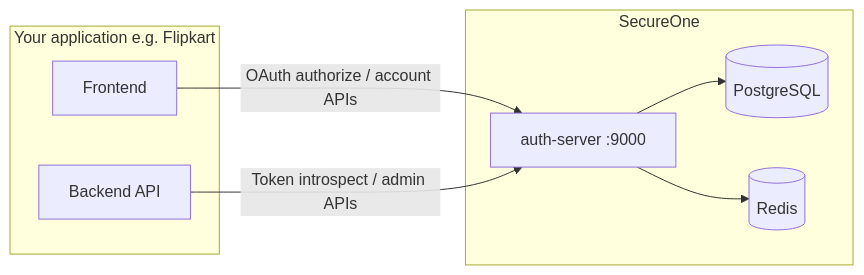
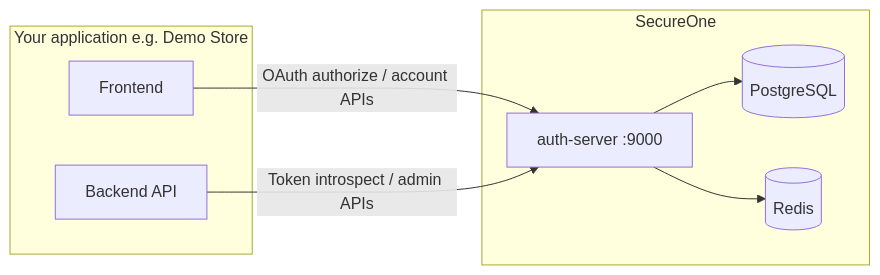
The diagram in docs/22-operator-getting-started.md (DTAVS0108/secureon), drawn with Mermaid before and after one commit. The commit also changed other lines of this file and 390 other files, not shown here.

````diff
--- a/docs/22-operator-getting-started.md
+++ b/docs/22-operator-getting-started.md
@@ -176,16 +176,16 @@
 ```mermaid
 flowchart LR
-  subgraph your_app [Your application e.g. Flipkart]
+  subgraph your_app [Your application e.g. Demo Store]
     FE[Frontend]
     BE[Backend API]
   end
   subgraph secureone [SecureOne]
     AS[auth-server :9000]
     DB[(PostgreSQL)]
     RD[(Redis)]
   end
   FE -->|OAuth authorize / account APIs| AS
   BE -->|Token introspect / admin APIs| AS
   AS --> DB
   AS --> RD
 ```
````
